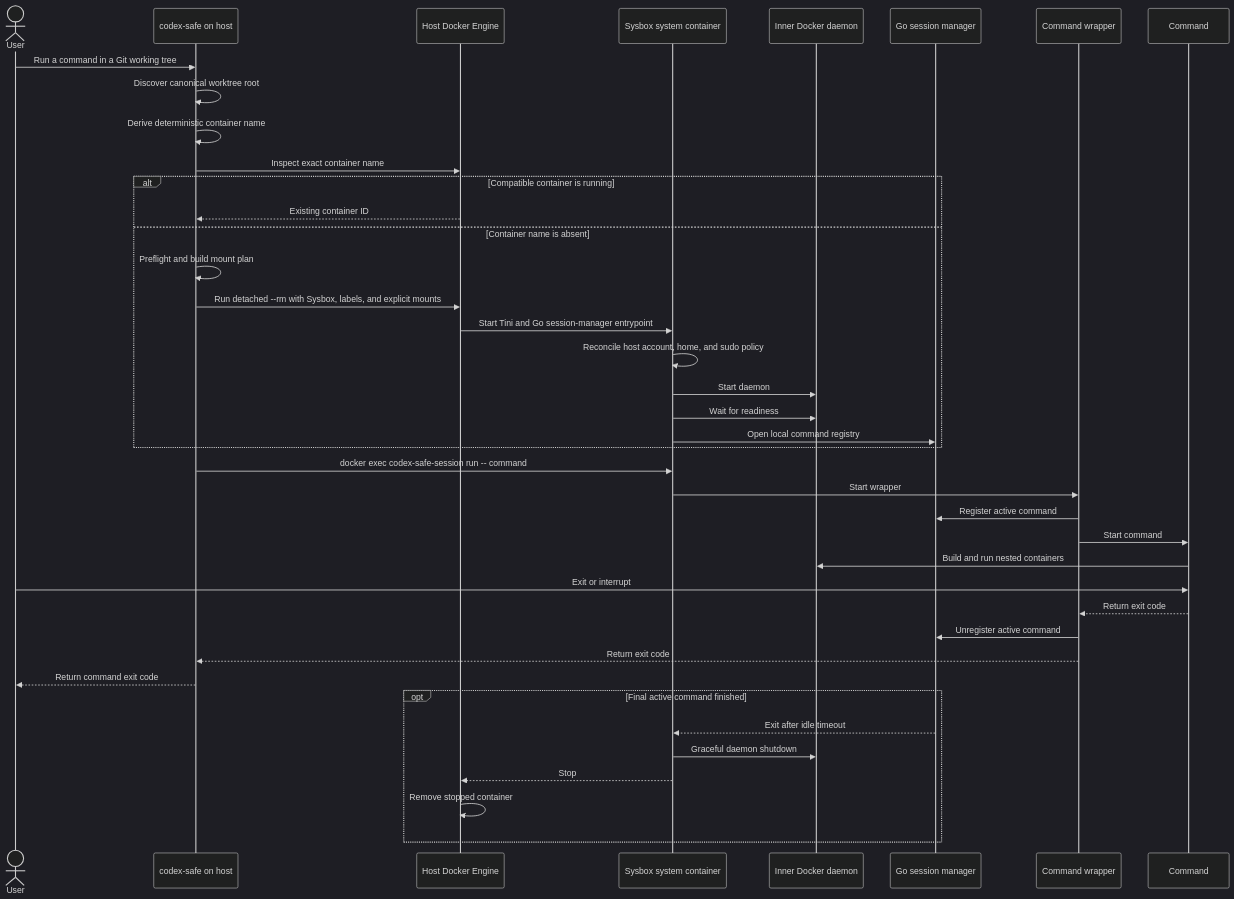
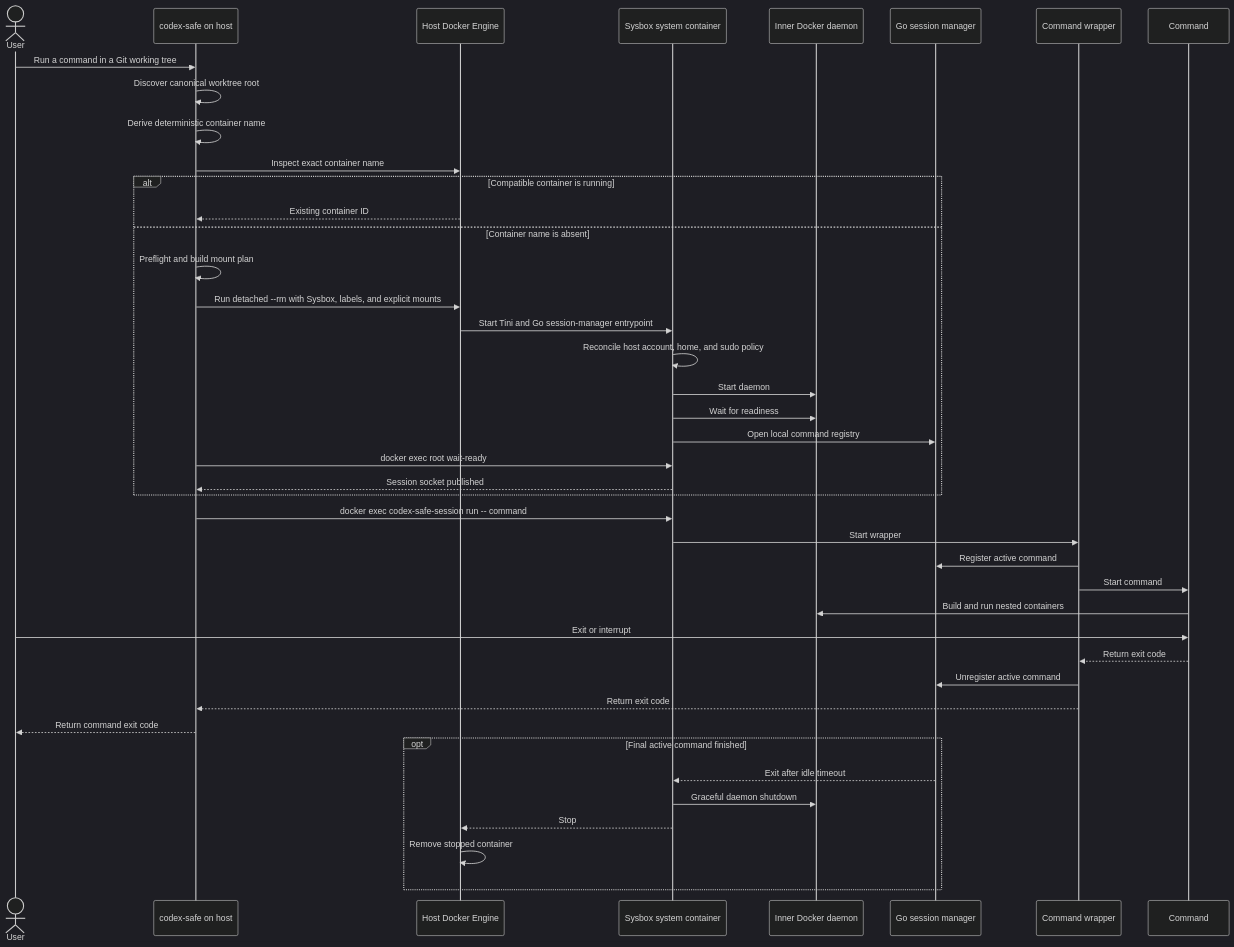
The diagram in docs/design-docs/codex-safe.md (vkuptcov/agents-safe-environment), drawn with Mermaid (dark theme) before and after one commit. The commit also changed 41 other files, not shown here.

````diff
--- a/docs/design-docs/codex-safe.md
+++ b/docs/design-docs/codex-safe.md
@@ -517,43 +517,45 @@
 ```mermaid
 sequenceDiagram
     actor User
     participant Launcher as codex-safe on host
     participant HostDocker as Host Docker Engine
     participant Container as Sysbox system container
     participant InnerDocker as Inner Docker daemon
     participant Manager as Go session manager
     participant Wrapper as Command wrapper
     participant Command
 
     User->>Launcher: Run a command in a Git working tree
     Launcher->>Launcher: Discover canonical worktree root
     Launcher->>Launcher: Derive deterministic container name
     Launcher->>HostDocker: Inspect exact container name
     alt Compatible container is running
         HostDocker-->>Launcher: Existing container ID
     else Container name is absent
         Launcher->>Launcher: Preflight and build mount plan
         Launcher->>HostDocker: Run detached --rm with Sysbox, labels, and explicit mounts
         HostDocker->>Container: Start Tini and Go session-manager entrypoint
         Container->>Container: Reconcile host account, home, and sudo policy
         Container->>InnerDocker: Start daemon
         Container->>InnerDocker: Wait for readiness
         Container->>Manager: Open local command registry
+        Launcher->>Container: docker exec root wait-ready
+        Container-->>Launcher: Session socket published
     end
     Launcher->>Container: docker exec codex-safe-session run -- command
     Container->>Wrapper: Start wrapper
     Wrapper->>Manager: Register active command
     Wrapper->>Command: Start command
     Command->>InnerDocker: Build and run nested containers
     User->>Command: Exit or interrupt
     Command-->>Wrapper: Return exit code
     Wrapper->>Manager: Unregister active command
     Wrapper-->>Launcher: Return exit code
     Launcher-->>User: Return command exit code
     opt Final active command finished
         Manager-->>Container: Exit after idle timeout
         Container->>InnerDocker: Graceful daemon shutdown
         Container-->>HostDocker: Stop
         HostDocker->>HostDocker: Remove stopped container
     end
 ```
````
